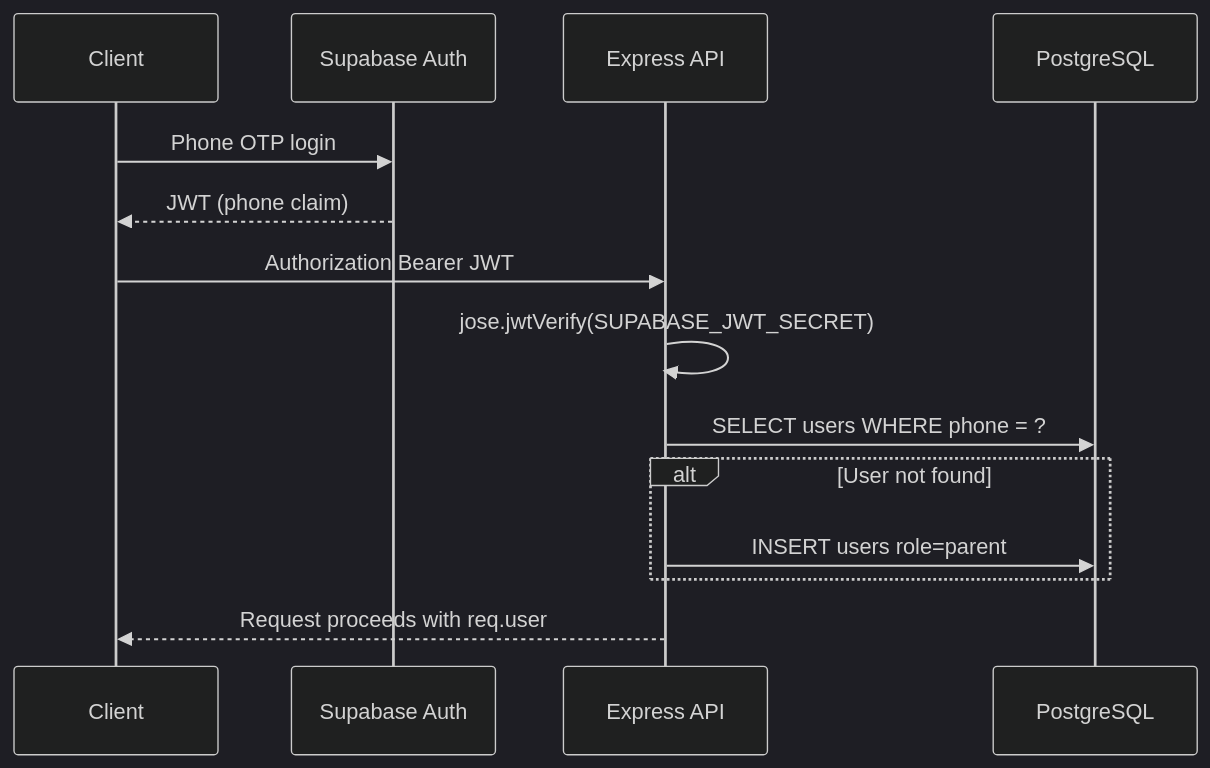
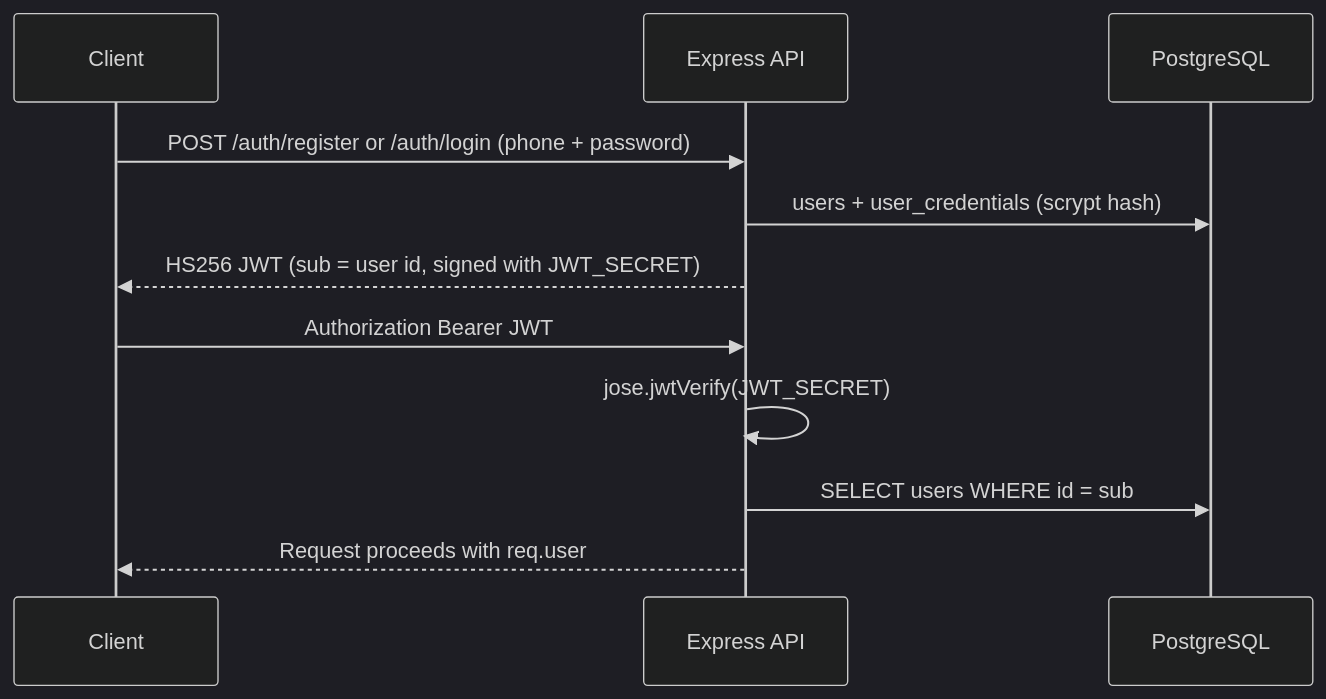
The third of 3 diagrams in docs/ARCHITECTURE.md (tom-cruiser/cursor-challenge-backend), drawn with Mermaid (dark theme) before and after one commit. The commit also changed other lines of this file and 34 other files, not shown here.

````diff
--- a/docs/ARCHITECTURE.md
+++ b/docs/ARCHITECTURE.md
@@ -128,17 +128,14 @@
 ```mermaid
 sequenceDiagram
     participant Client
-    participant SupabaseAuth as Supabase Auth
     participant API as Express API
     participant DB as PostgreSQL
 
-    Client->>SupabaseAuth: Phone OTP login
-    SupabaseAuth-->>Client: JWT (phone claim)
+    Client->>API: POST /auth/register or /auth/login (phone + password)
+    API->>DB: users + user_credentials (scrypt hash)
+    API-->>Client: HS256 JWT (sub = user id, signed with JWT_SECRET)
     Client->>API: Authorization Bearer JWT
-    API->>API: jose.jwtVerify(SUPABASE_JWT_SECRET)
-    API->>DB: SELECT users WHERE phone = ?
-    alt User not found
-        API->>DB: INSERT users role=parent
-    end
+    API->>API: jose.jwtVerify(JWT_SECRET)
+    API->>DB: SELECT users WHERE id = sub
     API-->>Client: Request proceeds with req.user
 ```
````
